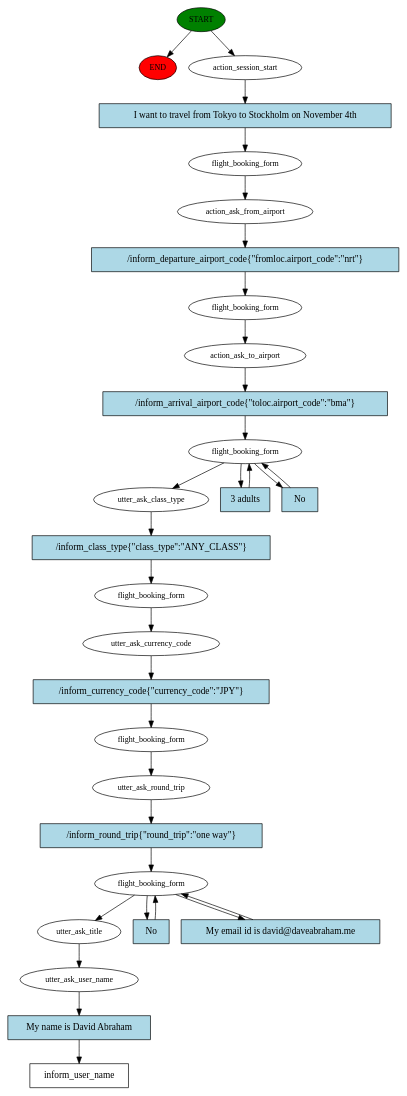
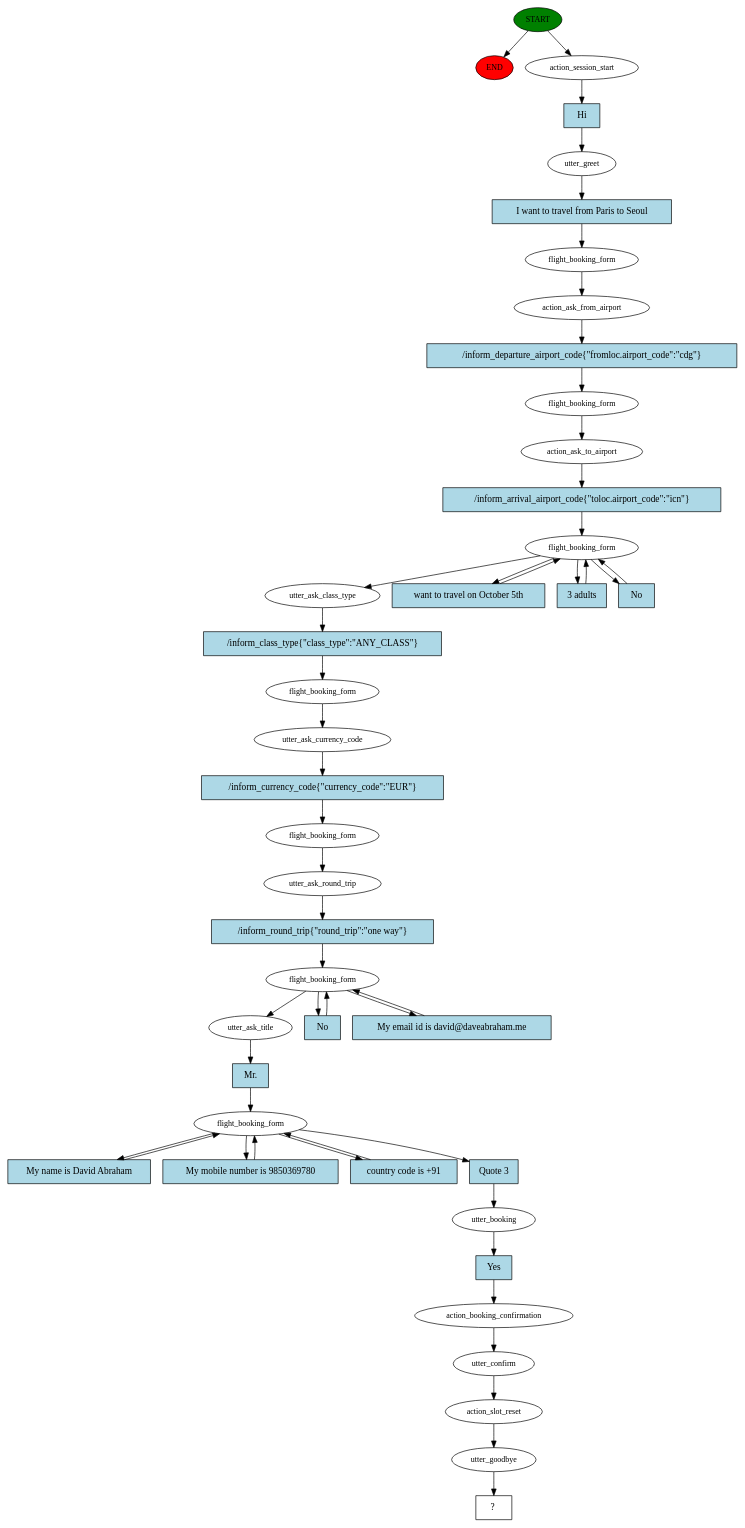
Before and after one commit to DaVeY79/intelligent-flight-agent: the diagram in story_graph.dot, drawn with Graphviz. The commit also changed 4 other files, not shown here.

```diff
--- a/story_graph.dot
+++ b/story_graph.dot
@@ -1,61 +1,91 @@
 digraph  {
 0 [class="start active", fillcolor=green, fontsize=12, label=START, style=filled];
 "-1" [class=end, fillcolor=red, fontsize=12, label=END, style=filled];
 1 [class=active, fontsize=12, label=action_session_start];
-2 [class=active, fontsize=12, label=flight_booking_form];
-3 [class=active, fontsize=12, label=action_ask_from_airport];
-4 [class=active, fontsize=12, label=flight_booking_form];
-5 [class=active, fontsize=12, label=action_ask_to_airport];
-6 [class=active, fontsize=12, label=flight_booking_form];
-10 [class=active, fontsize=12, label=utter_ask_class_type];
-11 [class=active, fontsize=12, label=flight_booking_form];
-12 [class=active, fontsize=12, label=utter_ask_currency_code];
+2 [class=active, fontsize=12, label=utter_greet];
+3 [class=active, fontsize=12, label=flight_booking_form];
+4 [class=active, fontsize=12, label=action_ask_from_airport];
+5 [class=active, fontsize=12, label=flight_booking_form];
+6 [class=active, fontsize=12, label=action_ask_to_airport];
+7 [class=active, fontsize=12, label=flight_booking_form];
+12 [class=active, fontsize=12, label=utter_ask_class_type];
 13 [class=active, fontsize=12, label=flight_booking_form];
-14 [class=active, fontsize=12, label=utter_ask_round_trip];
+14 [class=active, fontsize=12, label=utter_ask_currency_code];
 15 [class=active, fontsize=12, label=flight_booking_form];
-18 [class=active, fontsize=12, label=utter_ask_title];
-19 [class=active, fontsize=12, label=utter_ask_user_name];
-20 [class="intent dashed active", label=inform_user_name, shape=rect];
-21 [class="intent active", fillcolor=lightblue, label="I want to travel from Tokyo to Stockholm on November 4th", shape=rect, style=filled];
-22 [class="intent active", fillcolor=lightblue, label="/inform_departure_airport_code{\"fromloc.airport_code\":\"nrt\"}", shape=rect, style=filled];
-23 [class="intent active", fillcolor=lightblue, label="/inform_arrival_airport_code{\"toloc.airport_code\":\"bma\"}", shape=rect, style=filled];
-24 [class="intent active", fillcolor=lightblue, label="3 adults", shape=rect, style=filled];
-25 [class="intent active", fillcolor=lightblue, label=No, shape=rect, style=filled];
-26 [class="intent active", fillcolor=lightblue, label="/inform_class_type{\"class_type\":\"ANY_CLASS\"}", shape=rect, style=filled];
-27 [class="intent active", fillcolor=lightblue, label="/inform_currency_code{\"currency_code\":\"JPY\"}", shape=rect, style=filled];
-28 [class="intent active", fillcolor=lightblue, label="/inform_round_trip{\"round_trip\":\"one way\"}", shape=rect, style=filled];
-29 [class="intent active", fillcolor=lightblue, label=No, shape=rect, style=filled];
-30 [class="intent active", fillcolor=lightblue, label="My email id is david@daveabraham.me", shape=rect, style=filled];
-31 [class="intent active", fillcolor=lightblue, label="My name is David Abraham", shape=rect, style=filled];
+16 [class=active, fontsize=12, label=utter_ask_round_trip];
+17 [class=active, fontsize=12, label=flight_booking_form];
+20 [class=active, fontsize=12, label=utter_ask_title];
+21 [class=active, fontsize=12, label=flight_booking_form];
+25 [class=active, fontsize=12, label=utter_booking];
+26 [class=active, fontsize=12, label=action_booking_confirmation];
+27 [class=active, fontsize=12, label=utter_confirm];
+28 [class=active, fontsize=12, label=action_slot_reset];
+29 [class=active, fontsize=12, label=utter_goodbye];
+30 [class="intent dashed active", label="  ?  ", shape=rect];
+31 [class="intent active", fillcolor=lightblue, label=Hi, shape=rect, style=filled];
+32 [class="intent active", fillcolor=lightblue, label="I want to travel from Paris to Seoul", shape=rect, style=filled];
+33 [class="intent active", fillcolor=lightblue, label="/inform_departure_airport_code{\"fromloc.airport_code\":\"cdg\"}", shape=rect, style=filled];
+34 [class="intent active", fillcolor=lightblue, label="/inform_arrival_airport_code{\"toloc.airport_code\":\"icn\"}", shape=rect, style=filled];
+35 [class="intent active", fillcolor=lightblue, label="want to travel on October 5th", shape=rect, style=filled];
+36 [class="intent active", fillcolor=lightblue, label="3 adults", shape=rect, style=filled];
+37 [class="intent active", fillcolor=lightblue, label=No, shape=rect, style=filled];
+38 [class="intent active", fillcolor=lightblue, label="/inform_class_type{\"class_type\":\"ANY_CLASS\"}", shape=rect, style=filled];
+39 [class="intent active", fillcolor=lightblue, label="/inform_currency_code{\"currency_code\":\"EUR\"}", shape=rect, style=filled];
+40 [class="intent active", fillcolor=lightblue, label="/inform_round_trip{\"round_trip\":\"one way\"}", shape=rect, style=filled];
+41 [class="intent active", fillcolor=lightblue, label=No, shape=rect, style=filled];
+42 [class="intent active", fillcolor=lightblue, label="My email id is david@daveabraham.me", shape=rect, style=filled];
+43 [class="intent active", fillcolor=lightblue, label="Mr.", shape=rect, style=filled];
+44 [class="intent active", fillcolor=lightblue, label="My name is David Abraham", shape=rect, style=filled];
+45 [class="intent active", fillcolor=lightblue, label="My mobile number is 9850369780", shape=rect, style=filled];
+46 [class="intent active", fillcolor=lightblue, label="country code is +91", shape=rect, style=filled];
+47 [class="intent active", fillcolor=lightblue, label="Quote 3", shape=rect, style=filled];
+48 [class="intent active", fillcolor=lightblue, label=Yes, shape=rect, style=filled];
 0 -> "-1"  [class="", key=NONE, label=""];
 0 -> 1  [class=active, key=NONE, label=""];
-1 -> 21  [class=active, key=0];
-2 -> 3  [class=active, key=NONE, label=""];
-3 -> 22  [class=active, key=0];
-4 -> 5  [class=active, key=NONE, label=""];
-5 -> 23  [class=active, key=0];
-6 -> 10  [class=active, key=NONE, label=""];
-6 -> 24  [class=active, key=0];
-6 -> 25  [class=active, key=0];
-10 -> 26  [class=active, key=0];
-11 -> 12  [class=active, key=NONE, label=""];
-12 -> 27  [class=active, key=0];
+1 -> 31  [class=active, key=0];
+2 -> 32  [class=active, key=0];
+3 -> 4  [class=active, key=NONE, label=""];
+4 -> 33  [class=active, key=0];
+5 -> 6  [class=active, key=NONE, label=""];
+6 -> 34  [class=active, key=0];
+7 -> 12  [class=active, key=NONE, label=""];
+7 -> 35  [class=active, key=0];
+7 -> 36  [class=active, key=0];
+7 -> 37  [class=active, key=0];
+12 -> 38  [class=active, key=0];
 13 -> 14  [class=active, key=NONE, label=""];
-14 -> 28  [class=active, key=0];
-15 -> 18  [class=active, key=NONE, label=""];
-15 -> 29  [class=active, key=0];
-15 -> 30  [class=active, key=0];
-18 -> 19  [class=active, key=NONE, label=""];
-19 -> 31  [class=active, key=0];
-21 -> 2  [class=active, key=0];
-22 -> 4  [class=active, key=0];
-23 -> 6  [class=active, key=0];
-24 -> 6  [class=active, key=0];
-25 -> 6  [class=active, key=0];
-26 -> 11  [class=active, key=0];
-27 -> 13  [class=active, key=0];
-28 -> 15  [class=active, key=0];
-29 -> 15  [class=active, key=0];
-30 -> 15  [class=active, key=0];
-31 -> 20  [class=active, key=0];
+14 -> 39  [class=active, key=0];
+15 -> 16  [class=active, key=NONE, label=""];
+16 -> 40  [class=active, key=0];
+17 -> 20  [class=active, key=NONE, label=""];
+17 -> 41  [class=active, key=0];
+17 -> 42  [class=active, key=0];
+20 -> 43  [class=active, key=0];
+21 -> 44  [class=active, key=0];
+21 -> 45  [class=active, key=0];
+21 -> 46  [class=active, key=0];
+21 -> 47  [class=active, key=0];
+25 -> 48  [class=active, key=0];
+26 -> 27  [class=active, key=NONE, label=""];
+27 -> 28  [class=active, key=NONE, label=""];
+28 -> 29  [class=active, key=NONE, label=""];
+29 -> 30  [class=active, key=NONE, label=""];
+31 -> 2  [class=active, key=0];
+32 -> 3  [class=active, key=0];
+33 -> 5  [class=active, key=0];
+34 -> 7  [class=active, key=0];
+35 -> 7  [class=active, key=0];
+36 -> 7  [class=active, key=0];
+37 -> 7  [class=active, key=0];
+38 -> 13  [class=active, key=0];
+39 -> 15  [class=active, key=0];
+40 -> 17  [class=active, key=0];
+41 -> 17  [class=active, key=0];
+42 -> 17  [class=active, key=0];
+43 -> 21  [class=active, key=0];
+44 -> 21  [class=active, key=0];
+45 -> 21  [class=active, key=0];
+46 -> 21  [class=active, key=0];
+47 -> 25  [class=active, key=0];
+48 -> 26  [class=active, key=0];
 }
```
